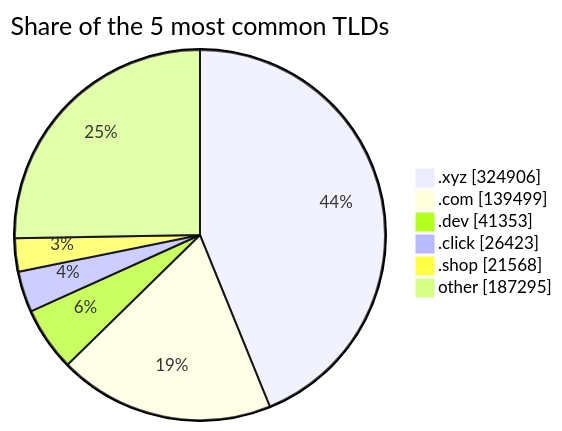
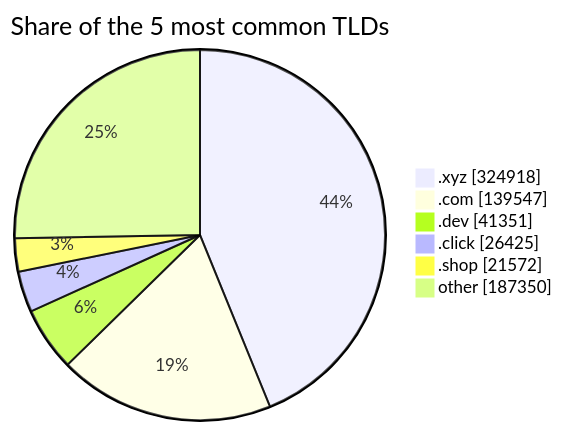
The third of 3 diagrams in README.md (DNSBunker/CTI), drawn with Mermaid before and after one commit. The commit also changed other lines of this file and 3 other files, not shown here.

````diff
--- a/README.md
+++ b/README.md
@@ -81,9 +81,9 @@
 ```mermaid
 pie showData title Share of the 5 most common TLDs
-    ".xyz" : 324906
-    ".com" : 139499
-    ".dev" : 41353
-    ".click" : 26423
-    ".shop" : 21568
-    "other" : 187295
+    ".xyz" : 324918
+    ".com" : 139547
+    ".dev" : 41351
+    ".click" : 26425
+    ".shop" : 21572
+    "other" : 187350
 ```
````
